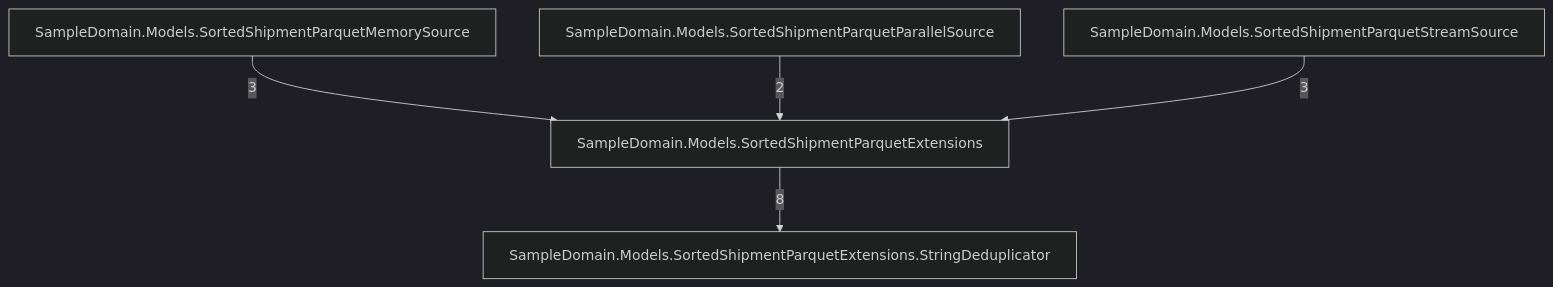
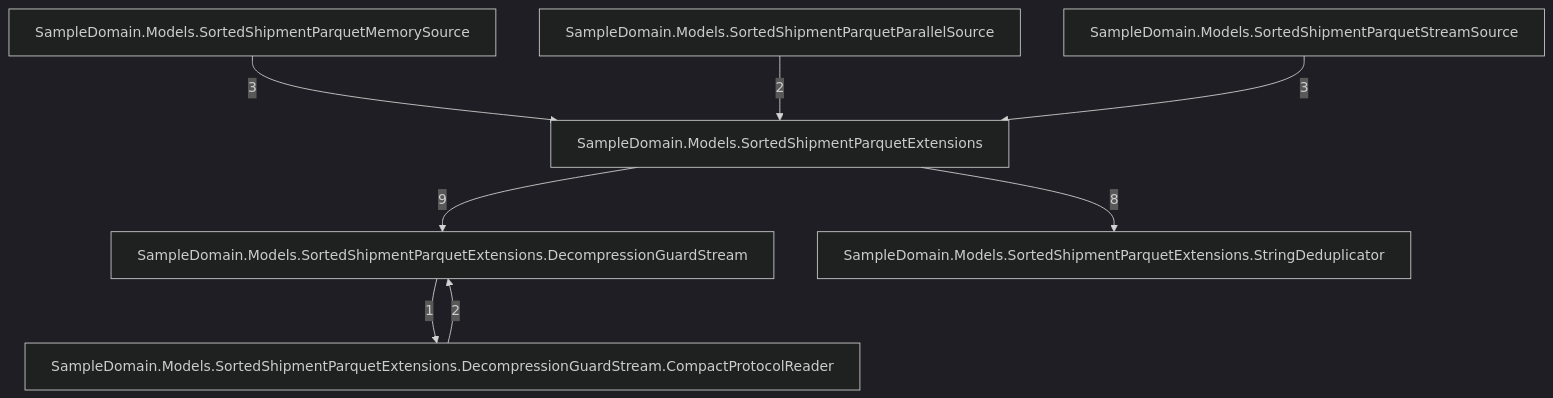
One commit to rtkelly13/Parquet.SourceGenerator changed the seventh of 7 diagrams in docs/callgraph-generated.md. Above: the diagram before and after it, drawn with Mermaid (dark theme). The commit also changed other lines of this file and 32 other files, not shown here.

````diff
--- a/docs/callgraph-generated.md
+++ b/docs/callgraph-generated.md
@@ -86,12 +116,17 @@
 ```mermaid
 graph TD
     tsampledomainmodelssortedshipmentparquetextensions_051["SampleDomain.Models.SortedShipmentParquetExtensions"]
+    tsampledomainmodelssortedshipmentparquetextensionsdecompressionguardstream_076["SampleDomain.Models.SortedShipmentParquetExtensions.DecompressionGuardStream"]
+    tsampledomainmodelssortedshipmentparquetextensionsdecompressionguardstreamcompactprotocolreader_098["SampleDomain.Models.SortedShipmentParquetExtensions.DecompressionGuardStream.CompactProtocolReader"]
     tsampledomainmodelssortedshipmentparquetextensionsstringdeduplicator_070["SampleDomain.Models.SortedShipmentParquetExtensions.StringDeduplicator"]
     tsampledomainmodelssortedshipmentparquetmemorysource_053["SampleDomain.Models.SortedShipmentParquetMemorySource"]
     tsampledomainmodelssortedshipmentparquetparallelsource_055["SampleDomain.Models.SortedShipmentParquetParallelSource"]
     tsampledomainmodelssortedshipmentparquetstreamsource_053["SampleDomain.Models.SortedShipmentParquetStreamSource"]
+    tsampledomainmodelssortedshipmentparquetextensionsdecompressionguardstreamcompactprotocolreader_098 -->|2| tsampledomainmodelssortedshipmentparquetextensionsdecompressionguardstream_076
+    tsampledomainmodelssortedshipmentparquetextensionsdecompressionguardstream_076 -->|1| tsampledomainmodelssortedshipmentparquetextensionsdecompressionguardstreamcompactprotocolreader_098
+    tsampledomainmodelssortedshipmentparquetextensions_051 -->|9| tsampledomainmodelssortedshipmentparquetextensionsdecompressionguardstream_076
     tsampledomainmodelssortedshipmentparquetextensions_051 -->|8| tsampledomainmodelssortedshipmentparquetextensionsstringdeduplicator_070
     tsampledomainmodelssortedshipmentparquetmemorysource_053 -->|3| tsampledomainmodelssortedshipmentparquetextensions_051
     tsampledomainmodelssortedshipmentparquetparallelsource_055 -->|2| tsampledomainmodelssortedshipmentparquetextensions_051
     tsampledomainmodelssortedshipmentparquetstreamsource_053 -->|3| tsampledomainmodelssortedshipmentparquetextensions_051
 ```
````
